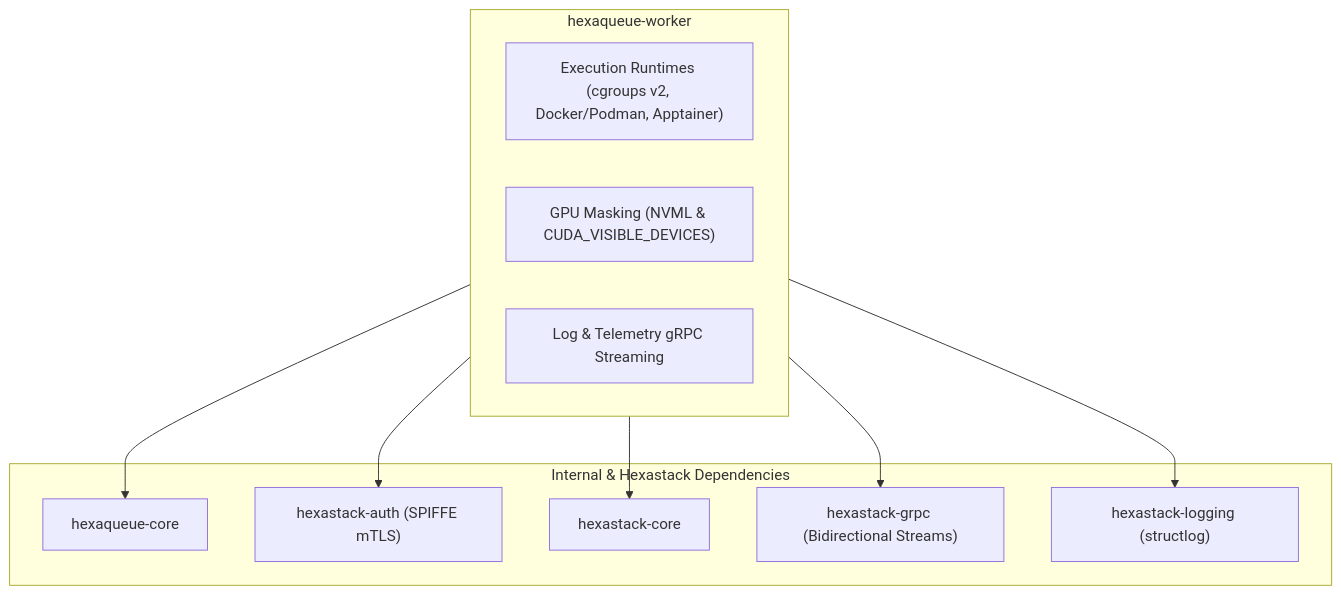
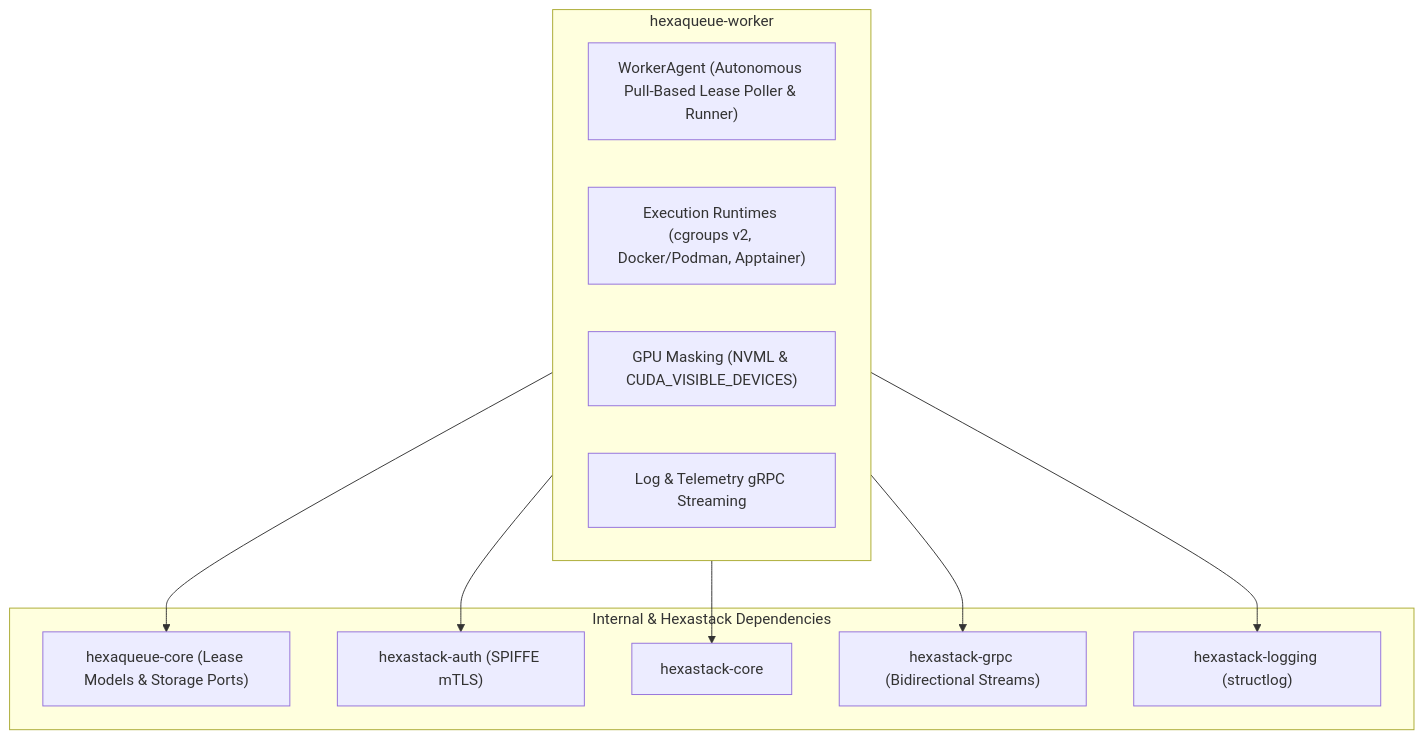
One commit to TheTrueSCU/hexaqueue changed the diagram in packages/hexaqueue_worker/README.md. Above: the diagram before and after it, drawn with Mermaid. The commit also changed other lines of this file and 10 other files, not shown here.

Commit message:
docs: update READMEs, CHANGELOG, and ephemeral cloud slicing topology diagram for ADR-008

````diff
--- a/packages/hexaqueue_worker/README.md
+++ b/packages/hexaqueue_worker/README.md
@@ -19,22 +19,23 @@
 ```mermaid
 graph TD
     subgraph S1["hexaqueue-worker"]
+        AGENT["WorkerAgent (Autonomous Pull-Based Lease Poller & Runner)"]
         RUNNER["Execution Runtimes (cgroups v2, Docker/Podman, Apptainer)"]
         GPU["GPU Masking (NVML & CUDA_VISIBLE_DEVICES)"]
         STREAM["Log & Telemetry gRPC Streaming"]
     end
 
     subgraph S2["Internal & Hexastack Dependencies"]
-        HQ_CORE["hexaqueue-core"]
+        HQ_CORE["hexaqueue-core (Lease Models & Storage Ports)"]
         HS_AUTH["hexastack-auth (SPIFFE mTLS)"]
         HS_CORE["hexastack-core"]
         HS_GRPC["hexastack-grpc (Bidirectional Streams)"]
         HS_LOG["hexastack-logging (structlog)"]
     end
 
     S1 --> HQ_CORE
     S1 --> HS_AUTH
     S1 --> HS_CORE
     S1 --> HS_GRPC
     S1 --> HS_LOG
 ```
````
